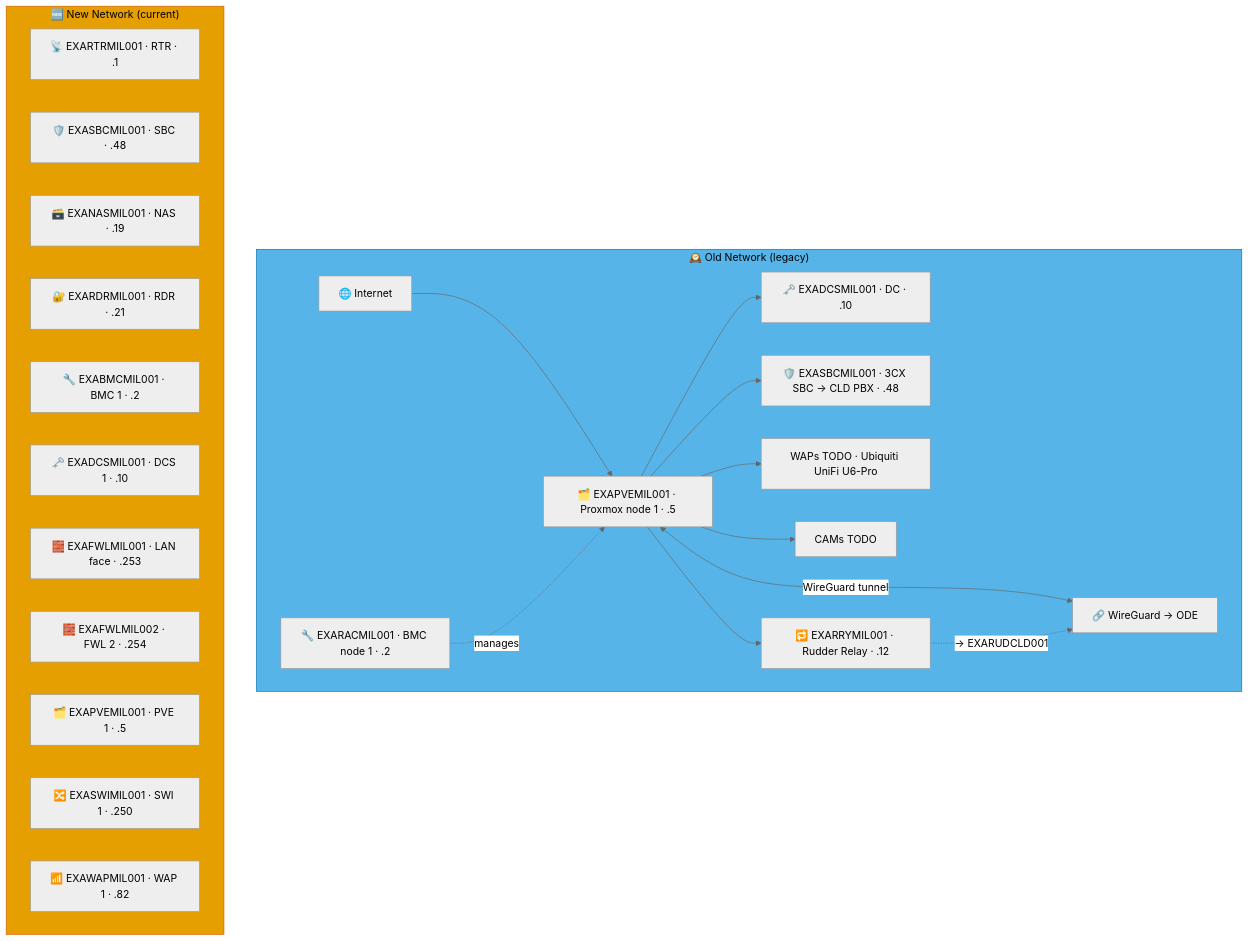
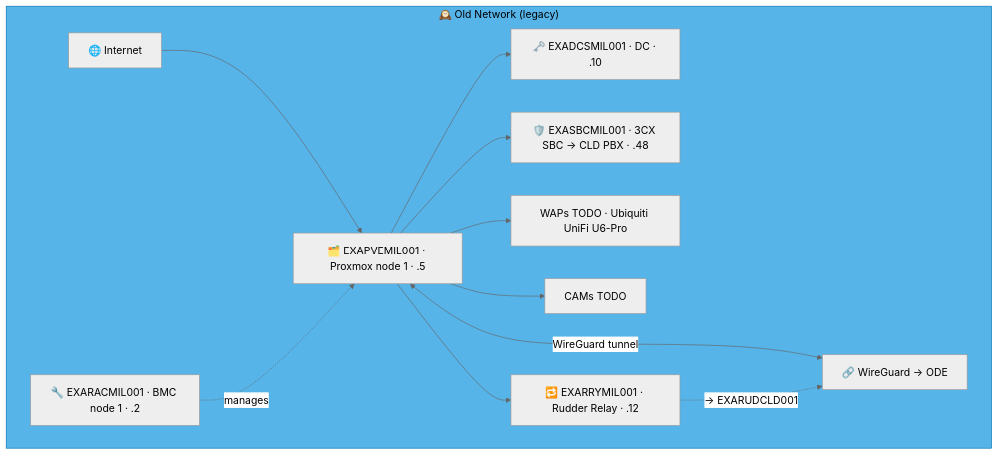
Before and after one commit to knightmare2600/example_music_infra: the first of 2 diagrams in docs/network-diagram/italia.md, drawn with Mermaid (neutral theme). The commit also changed other lines of this file and 35 other files, not shown here.

````diff
--- a/docs/network-diagram/italia.md
+++ b/docs/network-diagram/italia.md
@@ -16,39 +16,23 @@
 ```mermaid
 graph TD
     subgraph OLD_MIL ["🕰️ Old Network (legacy)"]
       INET["🌐 Internet"]
       RAC["🔧 EXARACMIL001 · BMC node 1 · .2"]
       PVE["🗂️ EXAPVEMIL001 · Proxmox node 1 · .5"]
       DC["🗝️ EXADCSMIL001 · DC · .10"]
       SBC["🛡️ EXASBCMIL001 · 3CX SBC → CLD PBX · .48"]
       RRY["🔁 EXARRYMIL001 · Rudder Relay · .12"]
       WAP["WAPs TODO · Ubiquiti UniFi U6-Pro"]
       CAM["CAMs TODO"]
       VPN["🔗 WireGuard → ODE"]
 
       INET --> PVE --> DC & SBC
       RAC -.->|"manages"| PVE
       PVE --> WAP & CAM
       PVE <-->|"WireGuard tunnel"| VPN
 
       PVE --> RRY
       RRY -. "→ EXARUDCLD001" .-> VPN
     end
     style OLD_MIL fill:#56B4E9,stroke:#0072B2,color:#000000
-    %% GENERATED:NEW-NETWORK:MIL:START
-    subgraph NEW_MIL ["🆕 New Network (current)"]
-      N_RTR["📡 EXARTRMIL001 · RTR · .1"]
-      N_SBC["🛡️ EXASBCMIL001 · SBC · .48"]
-      N_NAS["🗃️ EXANASMIL001 · NAS · .19"]
-      N_RDR["🔐 EXARDRMIL001 · RDR · .21"]
-      N_BMC["🔧 EXABMCMIL001 · BMC 1 · .2"]
-      N_DCS["🗝️ EXADCSMIL001 · DCS 1 · .10"]
-      N_FWL["🧱 EXAFWLMIL001 · LAN face · .253"]
-      N_FWL2["🧱 EXAFWLMIL002 · FWL 2 · .254"]
-      N_PVE["🗂️ EXAPVEMIL001 · PVE 1 · .5"]
-      N_SWI["🔀 EXASWIMIL001 · SWI 1 · .250"]
-      N_WAP["📶 EXAWAPMIL001 · WAP 1 · .82"]
-    end
-    style NEW_MIL fill:#E69F00,stroke:#D55E00,color:#000000
-    %% GENERATED:NEW-NETWORK:MIL:END
 ```
````
